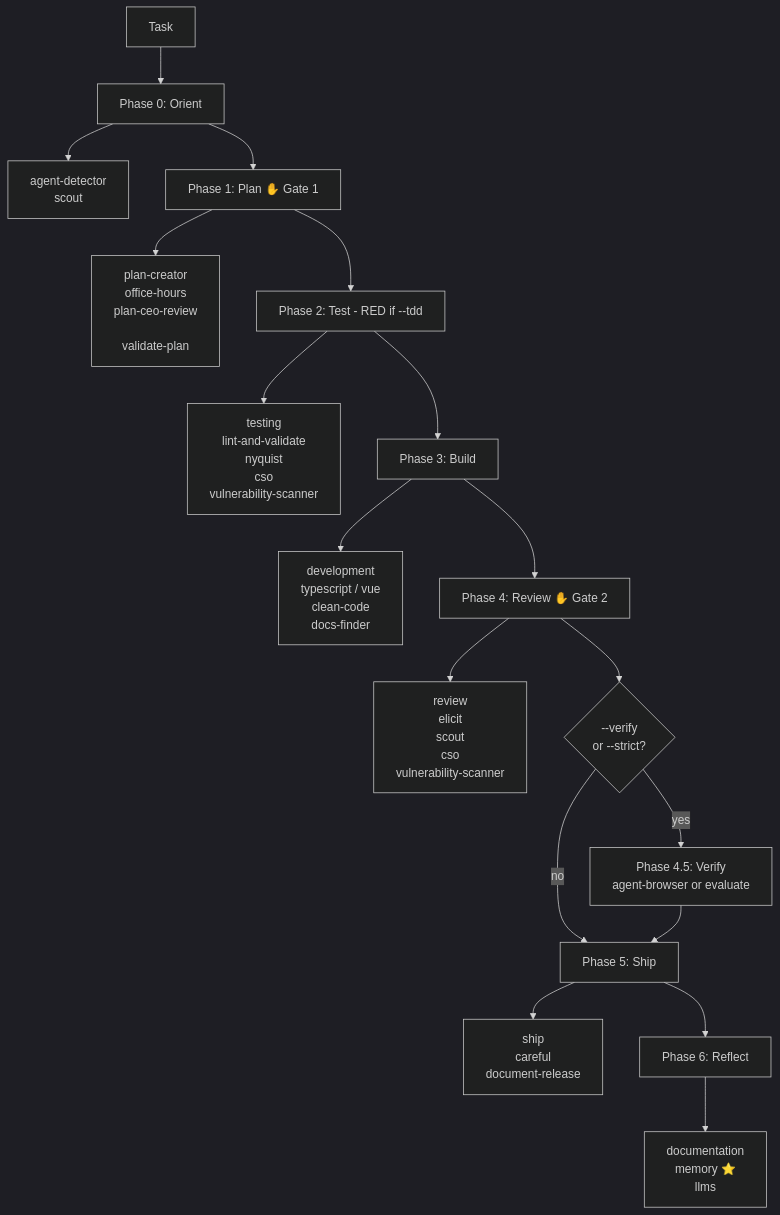
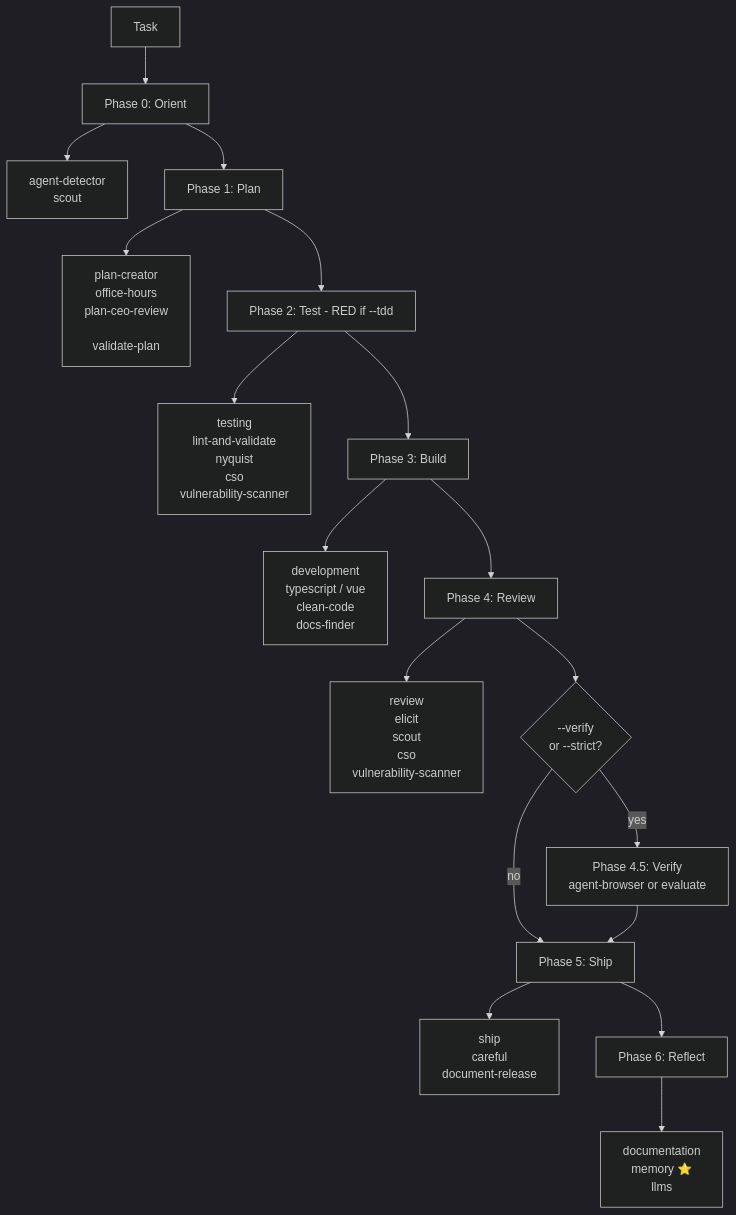
The third of 4 diagrams in packages/docs/content/docs/guide/agent-skill-architecture.mdx (ngocsangyem/MeowKit), drawn with Mermaid (dark theme) before and after one commit. The commit also changed other lines of this file and 68 other files, not shown here.

````diff
--- a/packages/docs/content/docs/guide/agent-skill-architecture.mdx
+++ b/packages/docs/content/docs/guide/agent-skill-architecture.mdx
@@ -90,26 +90,26 @@
 ```mermaid
 flowchart TD
     T[Task] --> P0[Phase 0: Orient]
     P0 --> S0[agent-detector\nscout]
 
-    P0 --> P1[Phase 1: Plan ✋ Gate 1]
+    P0 --> P1[Phase 1: Plan]
     P1 --> S1[plan-creator\noffice-hours\nplan-ceo-review\n\nvalidate-plan]
 
     P1 --> P2[Phase 2: Test - RED if --tdd]
     P2 --> S2[testing\nlint-and-validate\nnyquist\ncso\nvulnerability-scanner]
 
     P2 --> P3[Phase 3: Build]
     P3 --> S3[development\ntypescript / vue\nclean-code\ndocs-finder]
 
-    P3 --> P4[Phase 4: Review ✋ Gate 2]
+    P3 --> P4[Phase 4: Review]
     P4 --> S4[review\nelicit\nscout\ncso\nvulnerability-scanner]
 
     P4 --> P45{--verify\nor --strict?}
     P45 -->|yes| V45[Phase 4.5: Verify\nagent-browser or evaluate]
     P45 -->|no| P5[Phase 5: Ship]
     V45 --> P5
     P5 --> S5[ship\ncareful\ndocument-release]
 
     P5 --> P6[Phase 6: Reflect]
     P6 --> S6[documentation\nmemory ⭐\nllms]
 ```
````
